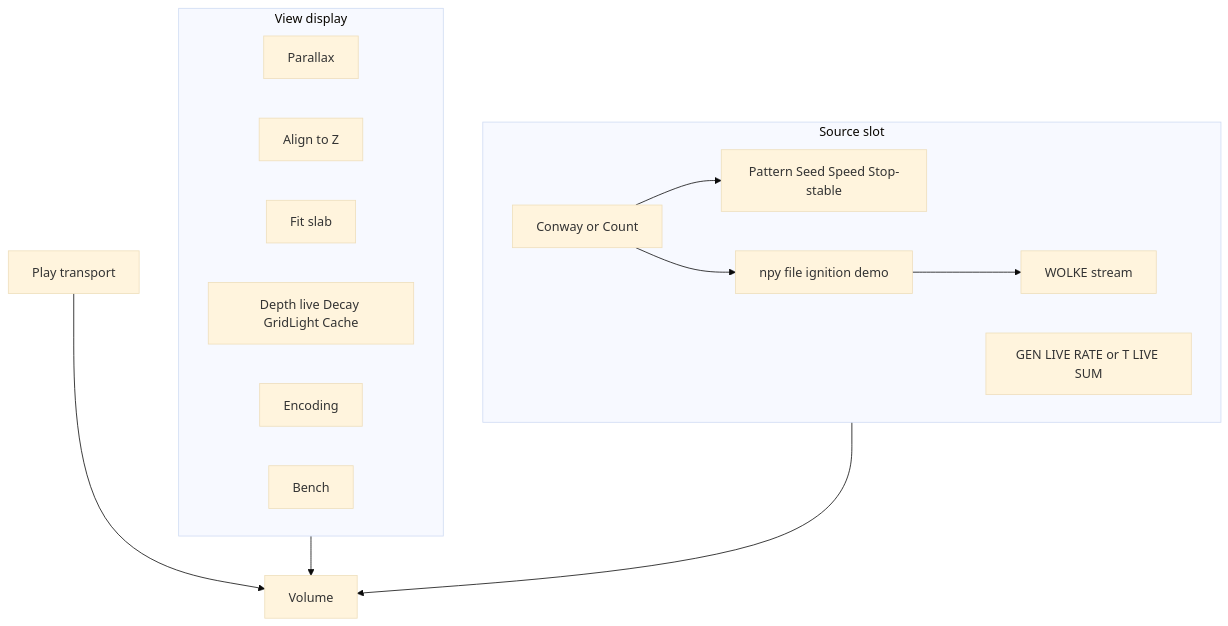
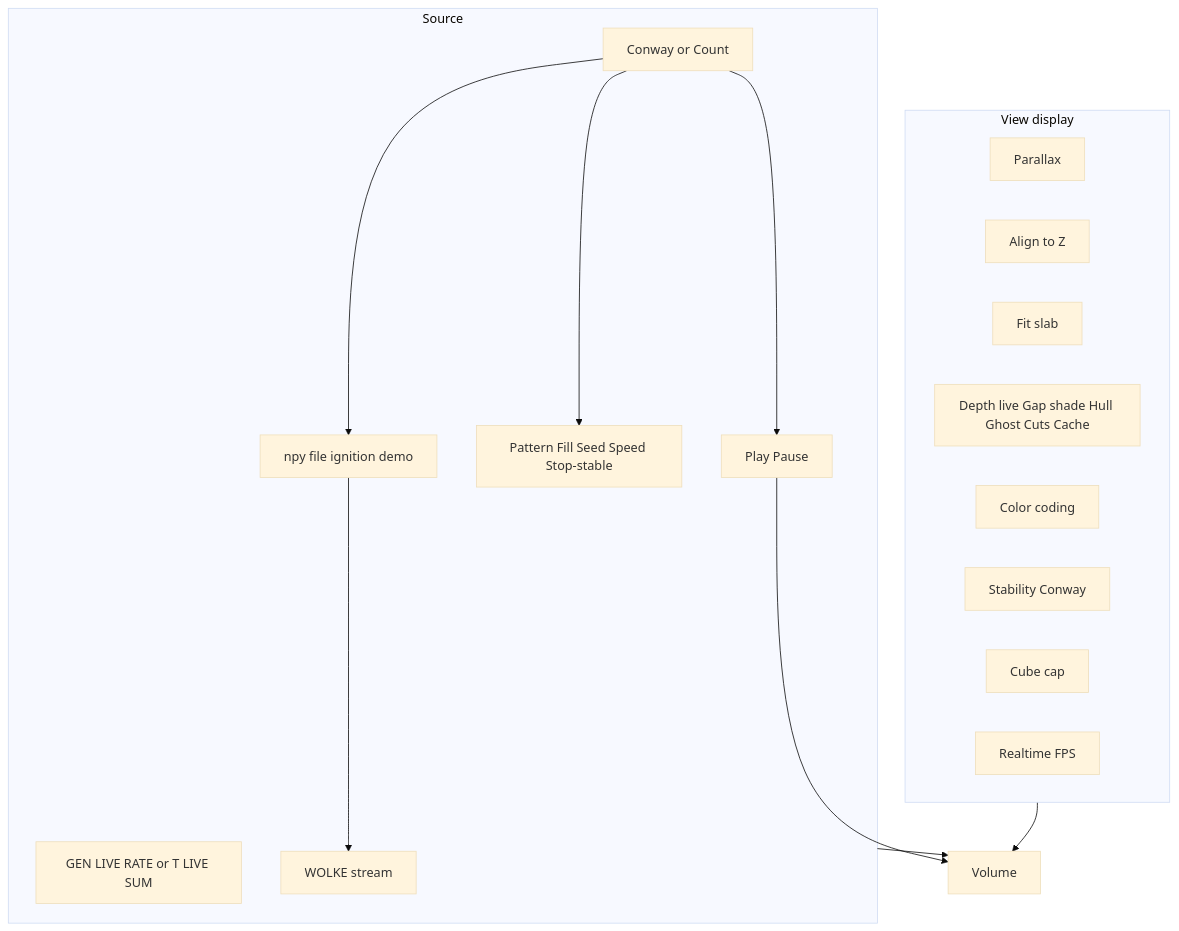
One commit to PiMaV/DONNER changed the fourth of 12 diagrams in docs/gui.md. Above: the diagram before and after it, drawn with Mermaid (base theme). The commit also changed other lines of this file and 28 other files, not shown here.

Commit message:
Ship a Source|View inspect shell with voxel gap, manual phone AR placement, and mid-volume planes so the hot path is not always-on bench and neighborhood.

````diff
--- a/docs/gui.md
+++ b/docs/gui.md
@@ -93,25 +121,28 @@
 ```mermaid
 flowchart TB
   subgraph view [View display]
     bird[Parallax]
     align[Align to Z]
     fit[Fit slab]
-    win[Depth live Decay GridLight Cache]
-    enc[Encoding]
-    bench[Bench]
+    win[Depth live Gap shade Hull Ghost Cuts Cache]
+    color[Color coding]
+    stab[Stability Conway]
+    cap[Cube cap]
+    fps[Realtime FPS]
   end
-  subgraph source [Source slot]
+  subgraph source [Source]
     kind[Conway or Count]
+    play[Play Pause]
     gen[GEN LIVE RATE or T LIVE SUM]
-    conway[Pattern Seed Speed Stop-stable]
+    conway[Pattern Fill Seed Speed Stop-stable]
     npy[npy file ignition demo]
     stream[WOLKE stream]
   end
-  play[Play transport]
   view --> volume[Volume]
   play --> volume
   source --> volume
+  kind --> play
   kind --> conway
   kind --> npy
   npy --> stream
 ```
````
